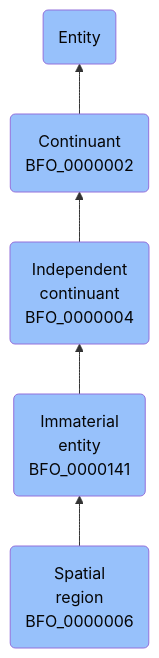
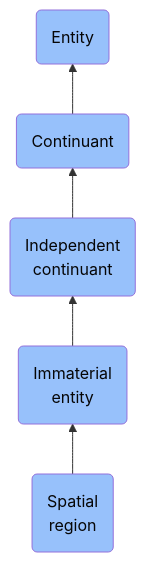
The diagram in docs/ontology/reference/model/Entity/Continuant/Independent continuant/Immaterial entity/Spatial region/Spatial region.md (jupyter-naas/abi), drawn with Mermaid before and after one commit. The commit also changed other lines of this file and 1430 other files, not shown here.

````diff
--- a/docs/ontology/reference/model/Entity/Continuant/Independent continuant/Immaterial entity/Spatial region/Spatial region.md
+++ b/docs/ontology/reference/model/Entity/Continuant/Independent continuant/Immaterial entity/Spatial region/Spatial region.md
@@ -24,12 +24,12 @@
 ```mermaid
 graph BT
-    BFO_0000006(Spatial<br>region<br>BFO_0000006):::BFO-->BFO_0000141
-    BFO_0000141(Immaterial<br>entity<br>BFO_0000141):::BFO-->BFO_0000004
-    BFO_0000004(Independent<br>continuant<br>BFO_0000004):::BFO-->BFO_0000002
-    BFO_0000002(Continuant<br>BFO_0000002):::BFO-->BFO_0000001
+    BFO_0000006(Spatial<br>region):::BFO-->BFO_0000141
+    BFO_0000141(Immaterial<br>entity):::BFO-->BFO_0000004
+    BFO_0000004(Independent<br>continuant):::BFO-->BFO_0000002
+    BFO_0000002(Continuant):::BFO-->BFO_0000001
     BFO_0000001(Entity):::BFO
     
     classDef BFO fill:#97c1fb,color:#060606
     classDef CCO fill:#e4c51e,color:#060606
     classDef ABI fill:#48DD82,color:#060606
 ```
````
